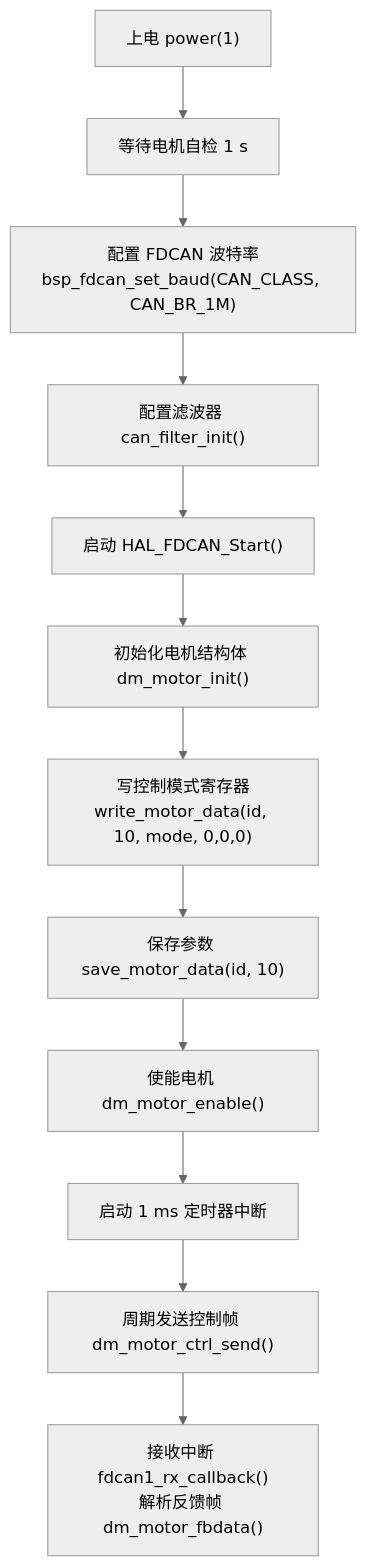
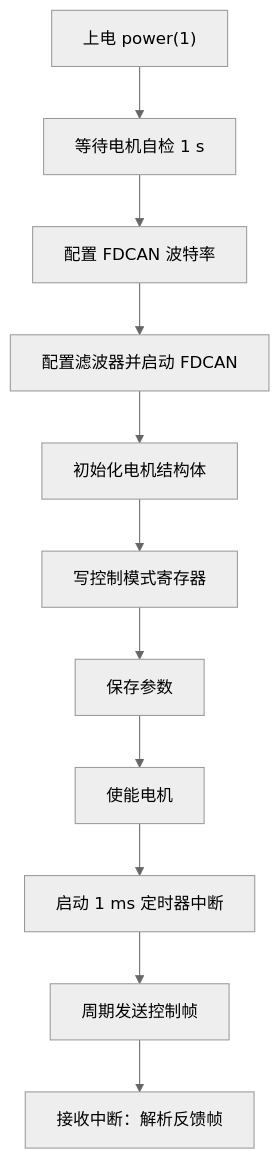
The second of 2 diagrams in DM-MC02(H723)开发板驱动达妙电机.md (cwf323/motor_control), drawn with Mermaid (neutral theme) before and after one commit. The commit also changed other lines of this file, not shown here.

````diff
--- a/DM-MC02(H723)开发板驱动达妙电机.md
+++ b/DM-MC02(H723)开发板驱动达妙电机.md
@@ -1366,14 +1389,13 @@
 ```mermaid
 flowchart TD
     S["上电 power(1)"] --> W["等待电机自检 1 s"]
-    W --> C1["配置 FDCAN 波特率<br/>bsp_fdcan_set_baud(CAN_CLASS, CAN_BR_1M)"]
-    C1 --> C2["配置滤波器 can_filter_init()"]
-    C2 --> C3["启动 HAL_FDCAN_Start()"]
-    C3 --> I["初始化电机结构体 dm_motor_init()"]
-    I --> R["写控制模式寄存器<br/>write_motor_data(id, 10, mode, 0,0,0)"]
-    R --> SV["保存参数 save_motor_data(id, 10)"]
-    SV --> EN["使能电机 dm_motor_enable()"]
+    W --> C1["配置 FDCAN 波特率"]
+    C1 --> C2["配置滤波器并启动 FDCAN"]
+    C2 --> I["初始化电机结构体"]
+    I --> R["写控制模式寄存器"]
+    R --> SV["保存参数"]
+    SV --> EN["使能电机"]
     EN --> T["启动 1 ms 定时器中断"]
-    T --> LOOP["周期发送控制帧 dm_motor_ctrl_send()"]
-    LOOP --> RX["接收中断 fdcan1_rx_callback()<br/>解析反馈帧 dm_motor_fbdata()"]
+    T --> LOOP["周期发送控制帧"]
+    LOOP --> RX["接收中断：解析反馈帧"]
 ```
````
